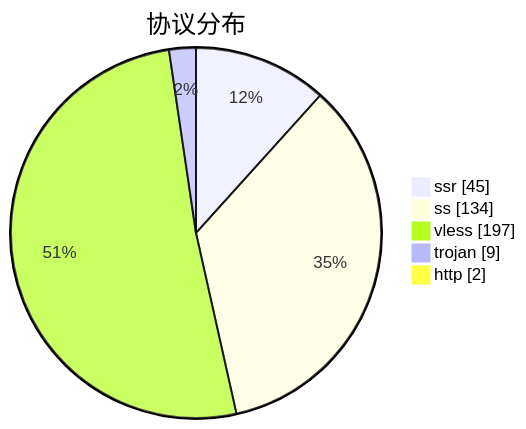
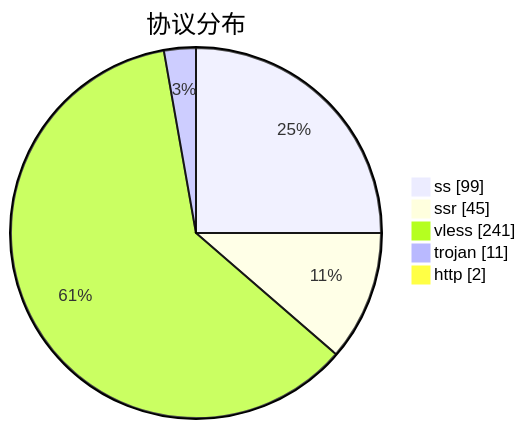
The third of 3 diagrams in subs/statistics/tested_within.md (qjlxg/airport), drawn with Mermaid before and after one commit. The commit also changed other lines of this file and 2 other files, not shown here.

````diff
--- a/subs/statistics/tested_within.md
+++ b/subs/statistics/tested_within.md
@@ -19,9 +19,9 @@
 ```mermaid
 pie showData
 title 协议分布
+"ss" : 99
 "ssr" : 45
-"ss" : 134
-"vless" : 197
-"trojan" : 9
+"vless" : 241
+"trojan" : 11
 "http" : 2
 ```
````
